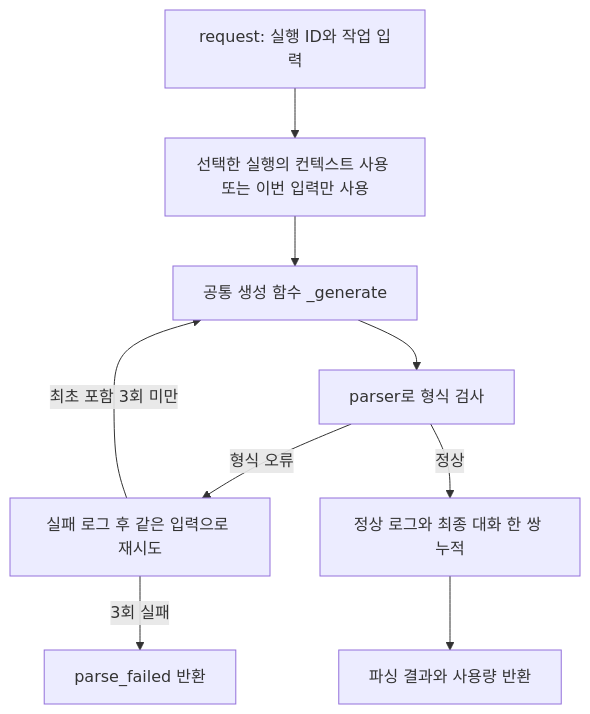
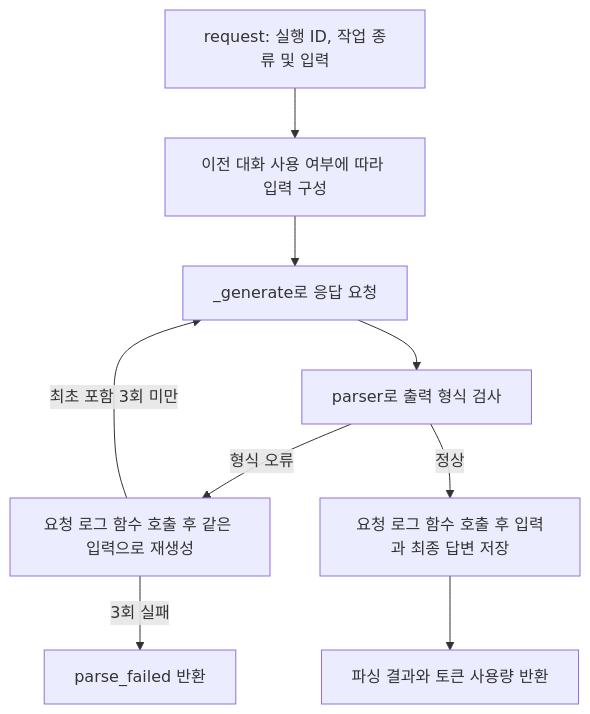
The diagram in docs/local-llm-runner.md (Inha-zero-two/private-llm-pipeline), drawn with Mermaid before and after one commit. The commit also changed other lines of this file and 10 other files, not shown here.

````diff
--- a/docs/local-llm-runner.md
+++ b/docs/local-llm-runner.md
@@ -9,11 +9,11 @@
 ```mermaid
 flowchart TD
-    A["request: 실행 ID와 작업 입력"] --> B["선택한 실행의 컨텍스트 사용 또는 이번 입력만 사용"]
-    B --> C["공통 생성 함수 _generate"]
-    C --> D["parser로 형식 검사"]
-    D -->|형식 오류| E["실패 로그 후 같은 입력으로 재시도"]
+    A["request: 실행 ID, 작업 종류 및 입력"] --> B["이전 대화 사용 여부에 따라 입력 구성"]
+    B --> C["_generate로 응답 요청"]
+    C --> D["parser로 출력 형식 검사"]
+    D -->|형식 오류| E["요청 로그 함수 호출 후 같은 입력으로 재생성"]
     E -->|최초 포함 3회 미만| C
     E -->|3회 실패| F["parse_failed 반환"]
-    D -->|정상| G["정상 로그와 최종 대화 한 쌍 누적"]
-    G --> H["파싱 결과와 사용량 반환"]
+    D -->|정상| G["요청 로그 함수 호출 후 입력과 최종 답변 저장"]
+    G --> H["파싱 결과와 토큰 사용량 반환"]
 ```
````
